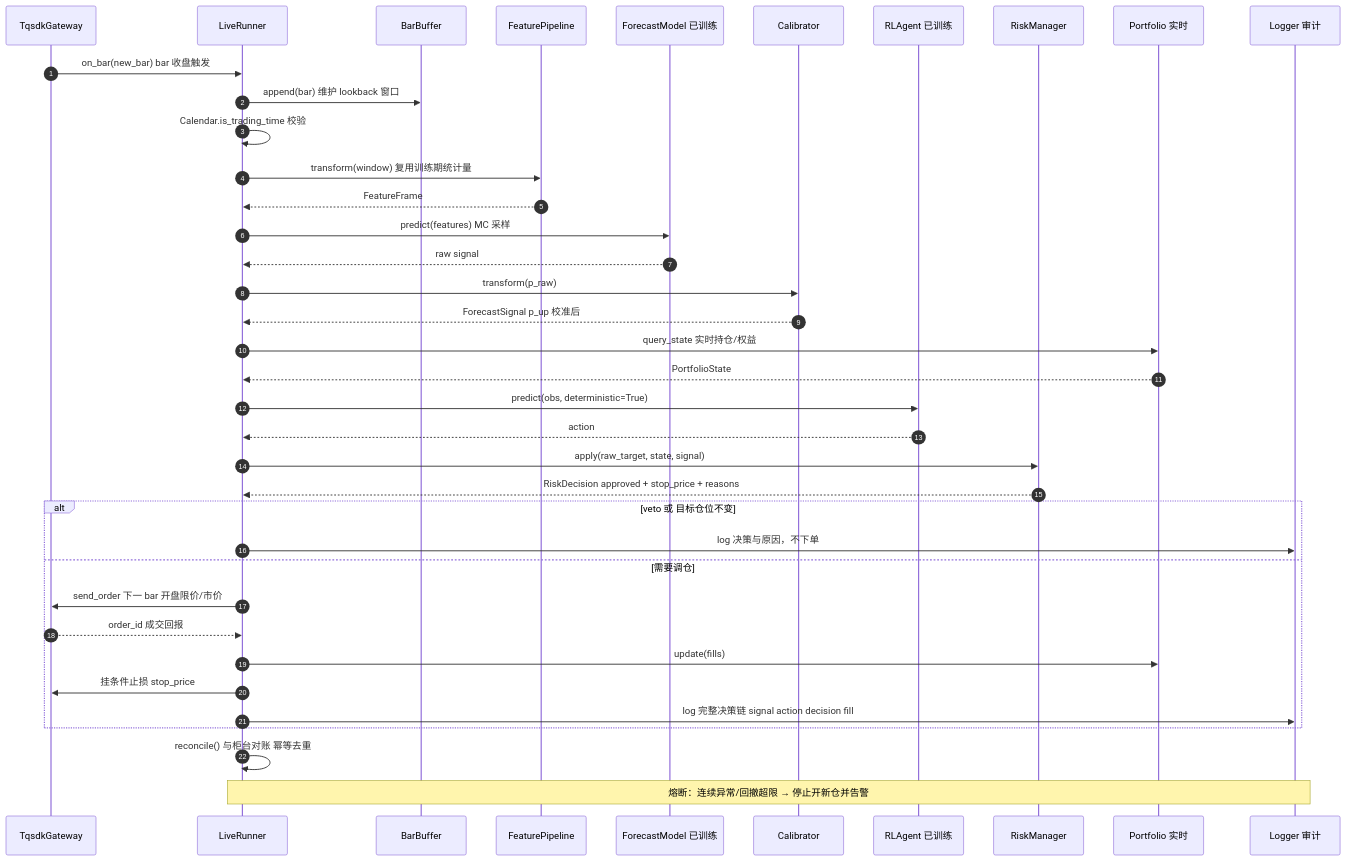
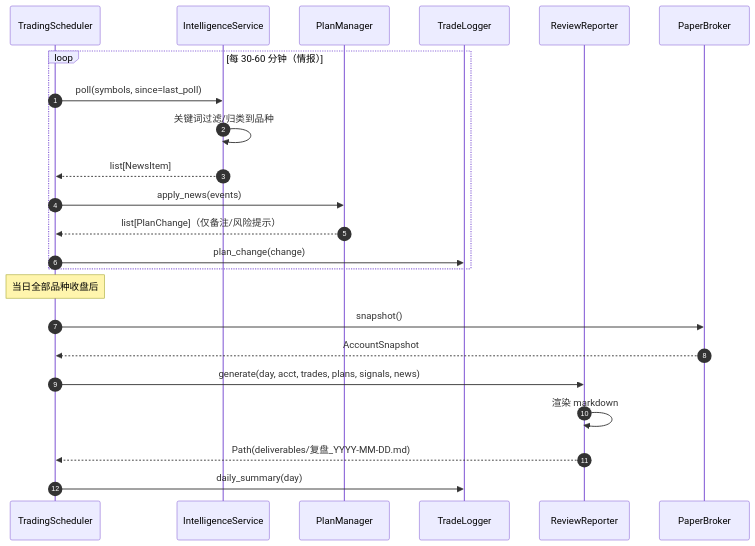
One commit to cloudhu/HexBroker changed the fourth of 5 diagrams in docs/system_design.md. Above: the diagram before and after it, drawn with Mermaid. The commit also changed other lines of this file and 21 other files, not shown here.

````diff
--- a/docs/system_design.md
+++ b/docs/system_design.md
@@ -1093,41 +380,27 @@
 ```mermaid
 sequenceDiagram
     autonumber
-    participant GW as TqsdkGateway
-    participant LR as LiveRunner
-    participant BB as BarBuffer
-    participant FP as FeaturePipeline
-    participant FM as ForecastModel 已训练
-    participant CB as Calibrator
-    participant AG as RLAgent 已训练
-    participant RM as RiskManager
-    participant PF as Portfolio 实时
-    participant LG as Logger 审计
+    participant S as TradingScheduler
+    participant IS as IntelligenceService
+    participant PM as PlanManager
+    participant TL as TradeLogger
+    participant RR as ReviewReporter
+    participant PB as PaperBroker
 
-    GW->>LR: on_bar(new_bar) bar 收盘触发
-    LR->>BB: append(bar) 维护 lookback 窗口
-    LR->>LR: Calendar.is_trading_time 校验
-    LR->>FP: transform(window) 复用训练期统计量
-    FP-->>LR: FeatureFrame
-    LR->>FM: predict(features) MC 采样
-    FM-->>LR: raw signal
-    LR->>CB: transform(p_raw)
-    CB-->>LR: ForecastSignal p_up 校准后
-    LR->>PF: query_state 实时持仓/权益
-    PF-->>LR: PortfolioState
-    LR->>AG: predict(obs, deterministic=True)
-    AG-->>LR: action
-    LR->>RM: apply(raw_target, state, signal)
-    RM-->>LR: RiskDecision approved + stop_price + reasons
-    alt veto 或 目标仓位不变
-        LR->>LG: log 决策与原因，不下单
-    else 需要调仓
-        LR->>GW: send_order 下一 bar 开盘限价/市价
-        GW-->>LR: order_id 成交回报
-        LR->>PF: update(fills)
-        LR->>GW: 挂条件止损 stop_price
-        LR->>LG: log 完整决策链 signal action decision fill
+    loop 每 30-60 分钟（情报）
+        S->>IS: poll(symbols, since=last_poll)
+        IS->>IS: 关键词过滤/归类到品种
+        IS-->>S: list[NewsItem]
+        S->>PM: apply_news(events)
+        PM-->>S: list[PlanChange]（仅备注/风险提示）
+        S->>TL: plan_change(change)
     end
-    LR->>LR: reconcile() 与柜台对账 幂等去重
-    Note over LR,LG: 熔断：连续异常/回撤超限 → 停止开新仓并告警
+
+    Note over S: 当日全部品种收盘后
+    S->>PB: snapshot()
+    PB-->>S: AccountSnapshot
+    S->>RR: generate(day, acct, trades, plans, signals, news)
+    RR->>RR: 渲染 markdown
+    RR-->>S: Path(deliverables/复盘_YYYY-MM-DD.md)
+    S->>TL: daily_summary(day)  # 命令窗口摘要
 ```
````
